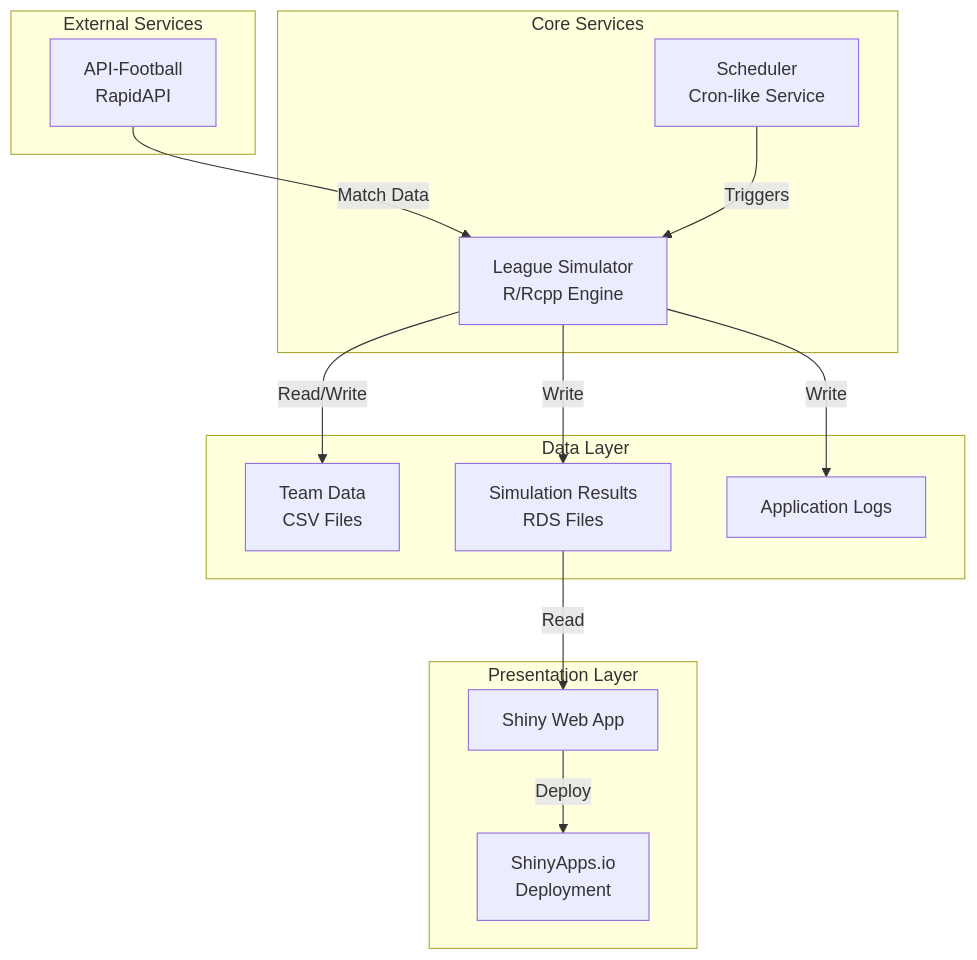
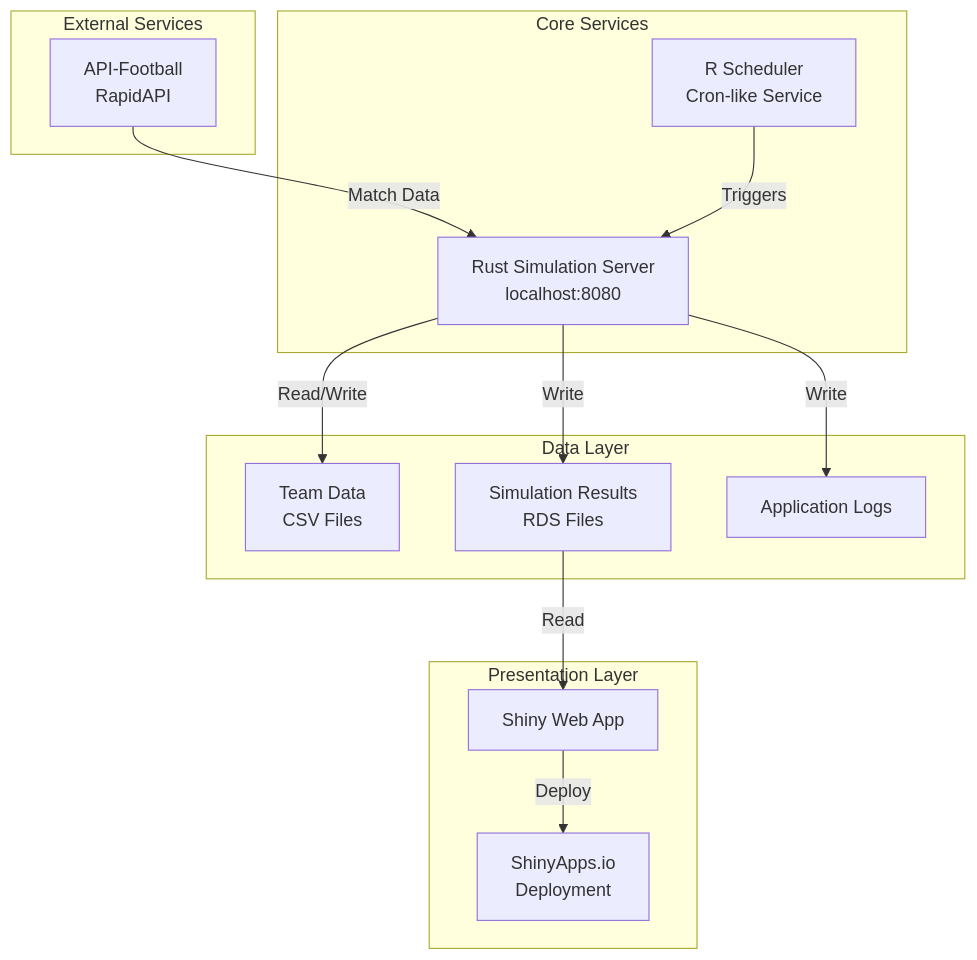
One commit to chrisschwer/League-Simulator-Update changed the first of 6 diagrams in docs/architecture/overview.md. Above: the diagram before and after it, drawn with Mermaid. The commit also changed other lines of this file and 9 other files, not shown here.

````diff
--- a/docs/architecture/overview.md
+++ b/docs/architecture/overview.md
@@ -7,30 +7,30 @@
 ```mermaid
 graph TB
     subgraph "External Services"
         API[API-Football<br/>RapidAPI]
     end
     
     subgraph "Core Services"
-        SIM[League Simulator<br/>R/Rcpp Engine]
-        SCH[Scheduler<br/>Cron-like Service]
+        SIM[Rust Simulation Server<br/>localhost:8080]
+        SCH[R Scheduler<br/>Cron-like Service]
     end
     
     subgraph "Data Layer"
         CSV[Team Data<br/>CSV Files]
         RDS[Simulation Results<br/>RDS Files]
         LOGS[Application Logs]
     end
     
     subgraph "Presentation Layer"
         SHINY[Shiny Web App]
         DEPLOY[ShinyApps.io<br/>Deployment]
     end
     
     API -->|Match Data| SIM
     SCH -->|Triggers| SIM
     SIM -->|Read/Write| CSV
     SIM -->|Write| RDS
     SIM -->|Write| LOGS
     RDS -->|Read| SHINY
     SHINY -->|Deploy| DEPLOY
 ```
````
